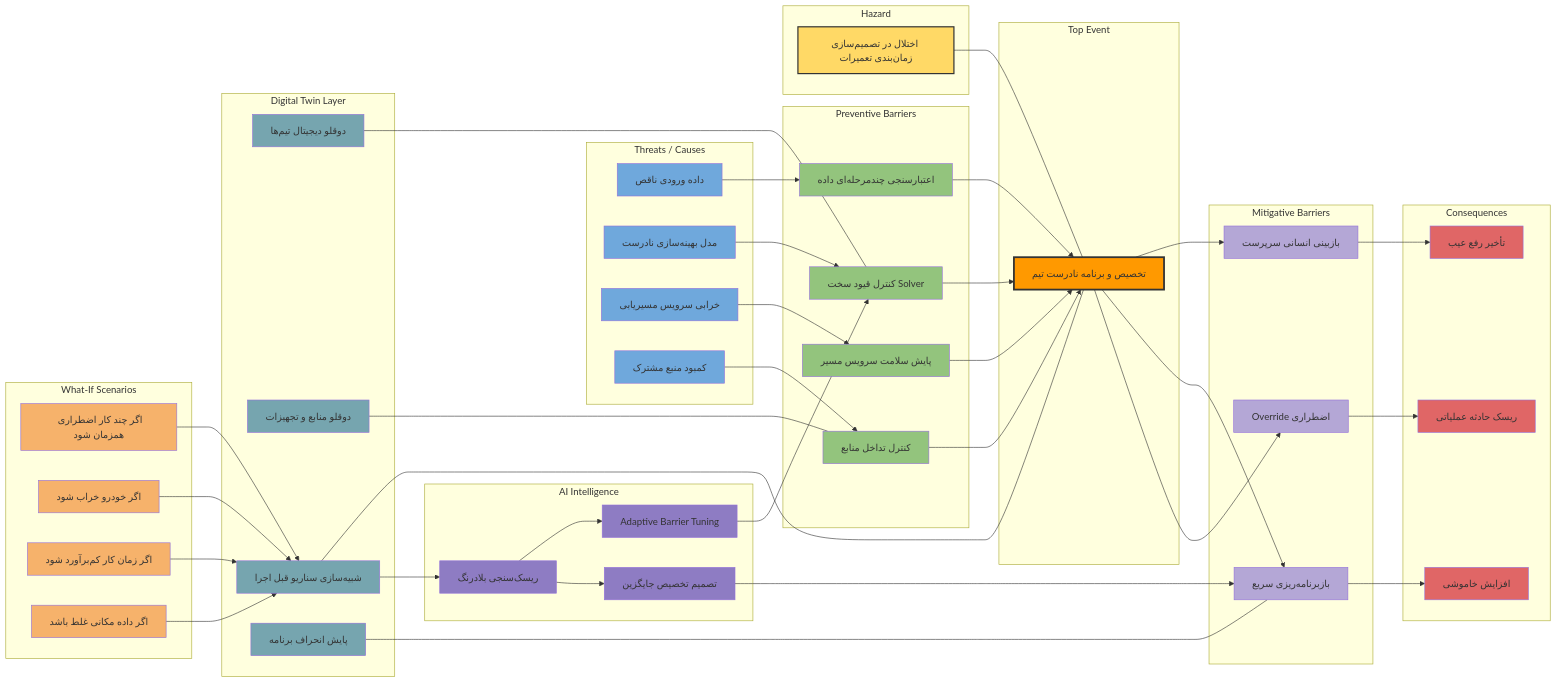
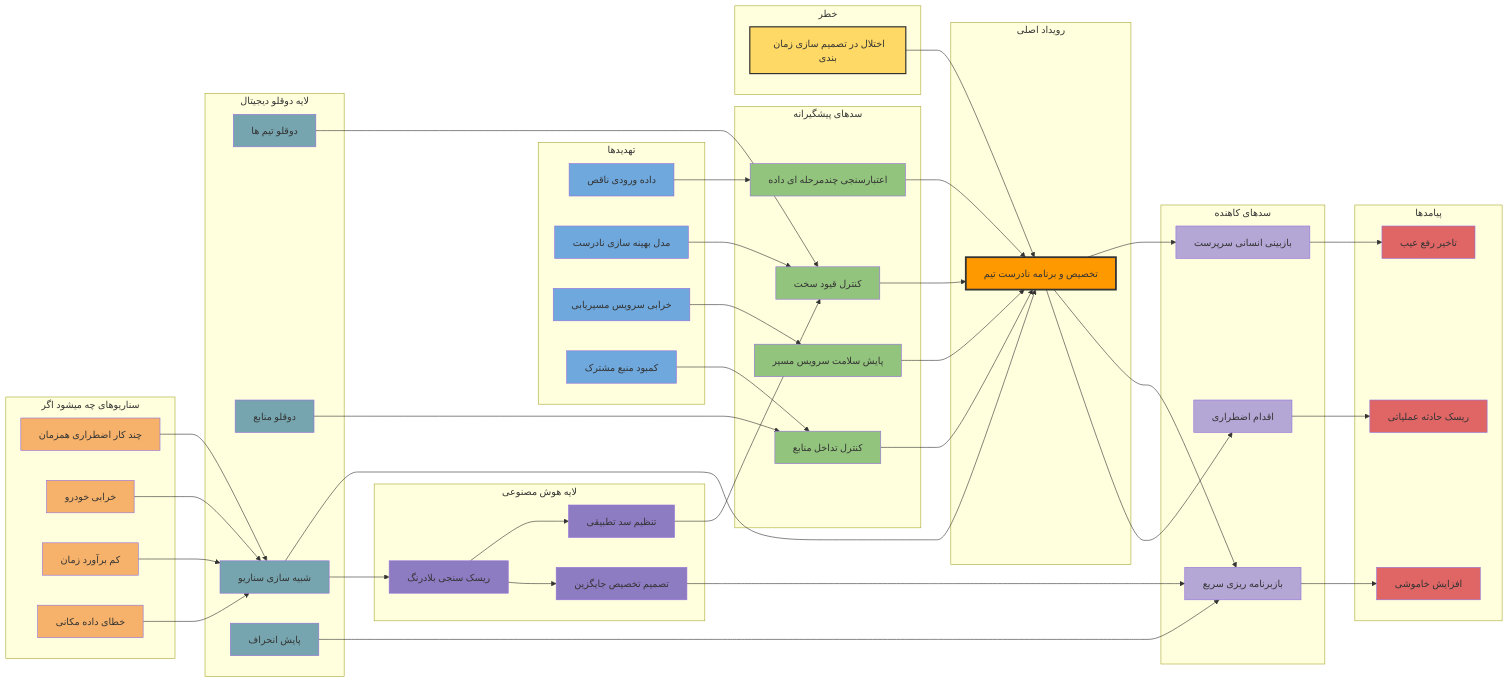
The sixth of 6 diagrams in presentation/bowtie.md (ParsaSinichi/hadisadoghiyazdi1971.github.io), drawn with Mermaid before and after one commit.

````diff
--- a/presentation/bowtie.md
+++ b/presentation/bowtie.md
@@ -663,95 +663,80 @@
 ```mermaid
 flowchart LR
 
-%% ================= BOWTIE WITH WHAT-IF + DIGITAL TWIN =================
-
-subgraph THREATS[Threats / Causes]
-T1[داده ورودی ناقص]
-T2[مدل بهینه‌سازی نادرست]
-T3[خرابی سرویس مسیریابی]
-T4[کمبود منبع مشترک]
+subgraph THREATS["تهدیدها"]
+T1["داده ورودی ناقص"]
+T2["مدل بهینه سازی نادرست"]
+T3["خرابی سرویس مسیریابی"]
+T4["کمبود منبع مشترک"]
 end
 
-subgraph PREVENTIVE[Preventive Barriers]
-P1[اعتبارسنجی چندمرحله‌ای داده]
-P2[کنترل قیود سخت Solver]
-P3[پایش سلامت سرویس مسیر]
-P4[کنترل تداخل منابع]
+subgraph PREVENTIVE["سدهای پیشگیرانه"]
+P1["اعتبارسنجی چندمرحله ای داده"]
+P2["کنترل قیود سخت"]
+P3["پایش سلامت سرویس مسیر"]
+P4["کنترل تداخل منابع"]
 end
 
-subgraph HAZARD[Hazard]
-H[اختلال در تصمیم‌سازی زمان‌بندی تعمیرات]
+subgraph HAZARD["خطر"]
+H["اختلال در تصمیم سازی زمان بندی"]
 end
 
-subgraph TOP[Top Event]
-TE[تخصیص و برنامه نادرست تیم]
+subgraph TOP["رویداد اصلی"]
+TE["تخصیص و برنامه نادرست تیم"]
 end
 
-subgraph MITIGATIVE[Mitigative Barriers]
-M1[بازبینی انسانی سرپرست]
-M2[بازبرنامه‌ریزی سریع]
-M3[Override اضطراری]
+subgraph MITIGATIVE["سدهای کاهنده"]
+M1["بازبینی انسانی سرپرست"]
+M2["بازبرنامه ریزی سریع"]
+M3["اقدام اضطراری"]
 end
 
-subgraph CONSEQ[Consequences]
-C1[تأخیر رفع عیب]
-C2[افزایش خاموشی]
-C3[ریسک حادثه عملیاتی]
+subgraph CONSEQ["پیامدها"]
+C1["تاخیر رفع عیب"]
+C2["افزایش خاموشی"]
+C3["ریسک حادثه عملیاتی"]
 end
 
 
-%% ================= DIGITAL TWIN LAYER =================
-
-subgraph DT[Digital Twin Layer]
-DT1[دوقلو دیجیتال تیم‌ها]
-DT2[دوقلو منابع و تجهیزات]
-DT3[شبیه‌سازی سناریو قبل اجرا]
-DT4[پایش انحراف برنامه]
+subgraph DT["لایه دوقلو دیجیتال"]
+DT1["دوقلو تیم ها"]
+DT2["دوقلو منابع"]
+DT3["شبیه سازی سناریو"]
+DT4["پایش انحراف"]
 end
 
 
-%% ================= AI LAYER =================
-
-subgraph AI[AI Intelligence]
-AI1[Adaptive Barrier Tuning]
-AI2[ریسک‌سنجی بلادرنگ]
-AI3[تصمیم تخصیص جایگزین]
+subgraph AI["لایه هوش مصنوعی"]
+AI1["تنظیم سد تطبیقی"]
+AI2["ریسک سنجی بلادرنگ"]
+AI3["تصمیم تخصیص جایگزین"]
 end
 
 
-%% ================= WHAT-IF SCENARIOS =================
-
-subgraph WHATIF[What-If Scenarios]
-W1[اگر چند کار اضطراری همزمان شود]
-W2[اگر خودرو خراب شود]
-W3[اگر زمان کار کم‌برآورد شود]
-W4[اگر داده مکانی غلط باشد]
+subgraph WHATIF["سناریوهای چه میشود اگر"]
+W1["چند کار اضطراری همزمان"]
+W2["خرابی خودرو"]
+W3["کم برآورد زمان"]
+W4["خطای داده مکانی"]
 end
 
-
-%% ================= FLOWS LEFT SIDE =================
 
 T1 --> P1 --> TE
 T2 --> P2 --> TE
 T3 --> P3 --> TE
 T4 --> P4 --> TE
 
-H --- TE
-
-
-%% ================= FLOWS RIGHT SIDE =================
+H --> TE
 
 TE --> M1 --> C1
 TE --> M2 --> C2
 TE --> M3 --> C3
 
 
-%% ================= DIGITAL TWIN LINKS =================
-
-DT1 --- P2
-DT2 --- P4
-DT3 --- TE
-DT4 --- M2
+DT1 --> P2
+DT2 --> P4
+DT3 --> TE
+DT4 --> M2
 
 DT3 --> AI2
 AI2 --> AI1
@@ -761,15 +746,11 @@
 AI3 --> M2
 
 
-%% ================= WHAT-IF LINKS =================
-
 W1 --> DT3
 W2 --> DT3
 W3 --> DT3
 W4 --> DT3
 
-
-%% ================= STYLES =================
 
 style H fill:#ffd966,stroke:#333,stroke-width:2px
 style TE fill:#ff9900,stroke:#333,stroke-width:3px
````
